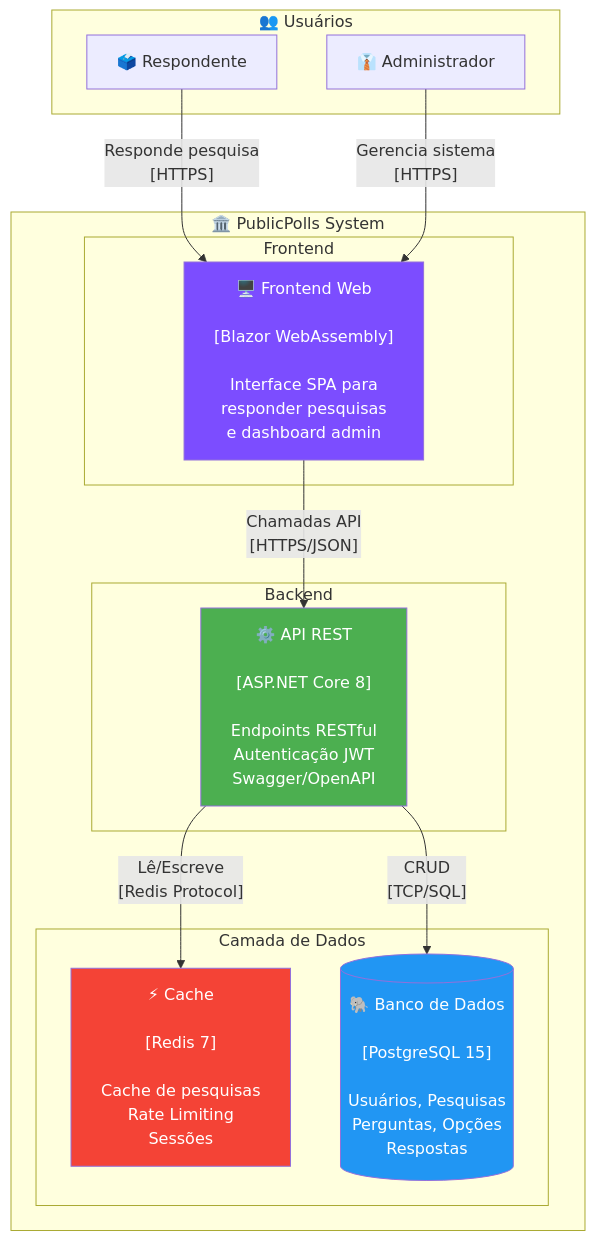
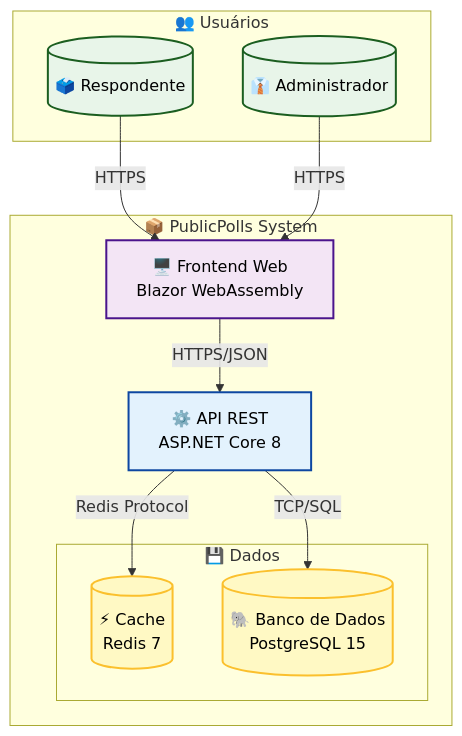
One commit to gabrigabs/public-polls-app changed the third of 7 diagrams in docs/02-arquitetura-c4.md. Above: the diagram before and after it, drawn with Mermaid. The commit also changed other lines of this file and 6 other files, not shown here.

Commit message:
docs: standardize and improve mermaid diagrams readability

````diff
--- a/docs/02-arquitetura-c4.md
+++ b/docs/02-arquitetura-c4.md
@@ -70,34 +75,34 @@
 ```mermaid
 graph TB
-    subgraph users["👥 Usuários"]
-        R["🗳️ Respondente"]
-        A["👔 Administrador"]
+    subgraph "👥 Usuários"
+        R[("🗳️ Respondente")]
+        A[("👔 Administrador")]
     end
 
-    subgraph boundary["🏛️ PublicPolls System"]
-        subgraph frontend["Frontend"]
-            WEB["🖥️ Frontend Web<br/><br/>[Blazor WebAssembly]<br/><br/>Interface SPA para<br/>responder pesquisas<br/>e dashboard admin"]
-        end
-
-        subgraph backend["Backend"]
-            API["⚙️ API REST<br/><br/>[ASP.NET Core 8]<br/><br/>Endpoints RESTful<br/>Autenticação JWT<br/>Swagger/OpenAPI"]
-        end
-
-        subgraph data["Camada de Dados"]
-            CACHE["⚡ Cache<br/><br/>[Redis 7]<br/><br/>Cache de pesquisas<br/>Rate Limiting<br/>Sessões"]
-
-            DB[("🐘 Banco de Dados<br/><br/>[PostgreSQL 15]<br/><br/>Usuários, Pesquisas<br/>Perguntas, Opções<br/>Respostas")]
+    subgraph "📦 PublicPolls System"
+        WEB["🖥️ Frontend Web<br/>Blazor WebAssembly"]
+        API["⚙️ API REST<br/>ASP.NET Core 8"]
+        
+        subgraph "💾 Dados"
+            CACHE[("⚡ Cache<br/>Redis 7")]
+            DB[("🐘 Banco de Dados<br/>PostgreSQL 15")]
         end
     end
 
-    R -->|"Responde pesquisa<br/>[HTTPS]"| WEB
-    A -->|"Gerencia sistema<br/>[HTTPS]"| WEB
-    WEB -->|"Chamadas API<br/>[HTTPS/JSON]"| API
-    API -->|"Lê/Escreve<br/>[Redis Protocol]"| CACHE
-    API -->|"CRUD<br/>[TCP/SQL]"| DB
+    R -->|HTTPS| WEB
+    A -->|HTTPS| WEB
+    WEB -->|HTTPS/JSON| API
+    API -->|Redis Protocol| CACHE
+    API -->|TCP/SQL| DB
 
-    style WEB fill:#7c4dff,color:#fff
-    style API fill:#4caf50,color:#fff
-    style CACHE fill:#f44336,color:#fff
-    style DB fill:#2196f3,color:#fff
+    %% Styling
+    classDef users fill:#e8f5e9,stroke:#1b5e20,color:#000,stroke-width:2px;
+    classDef front fill:#f3e5f5,stroke:#4a148c,color:#000,stroke-width:2px;
+    classDef back fill:#e3f2fd,stroke:#0d47a1,color:#000,stroke-width:2px;
+    classDef data fill:#fff9c4,stroke:#fbc02d,color:#000,stroke-width:2px;
+
+    class R,A users;
+    class WEB front;
+    class API back;
+    class CACHE,DB data;
 ```
````
